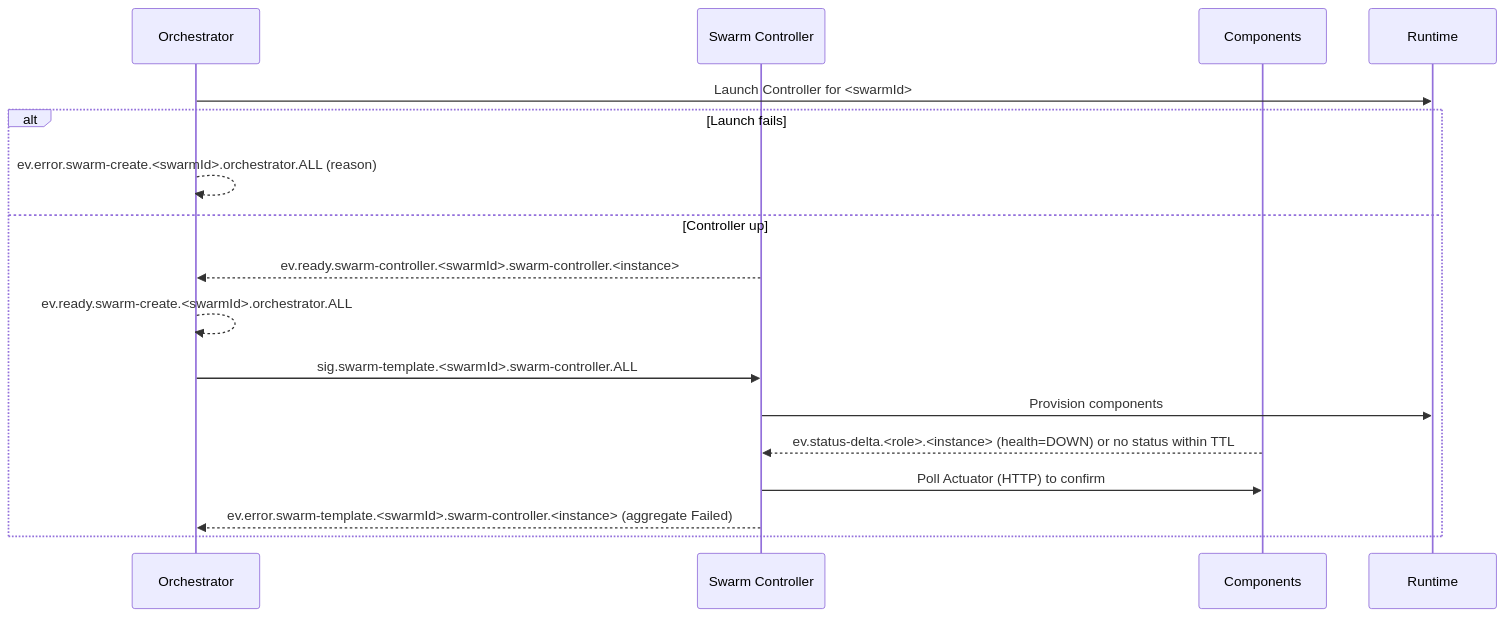
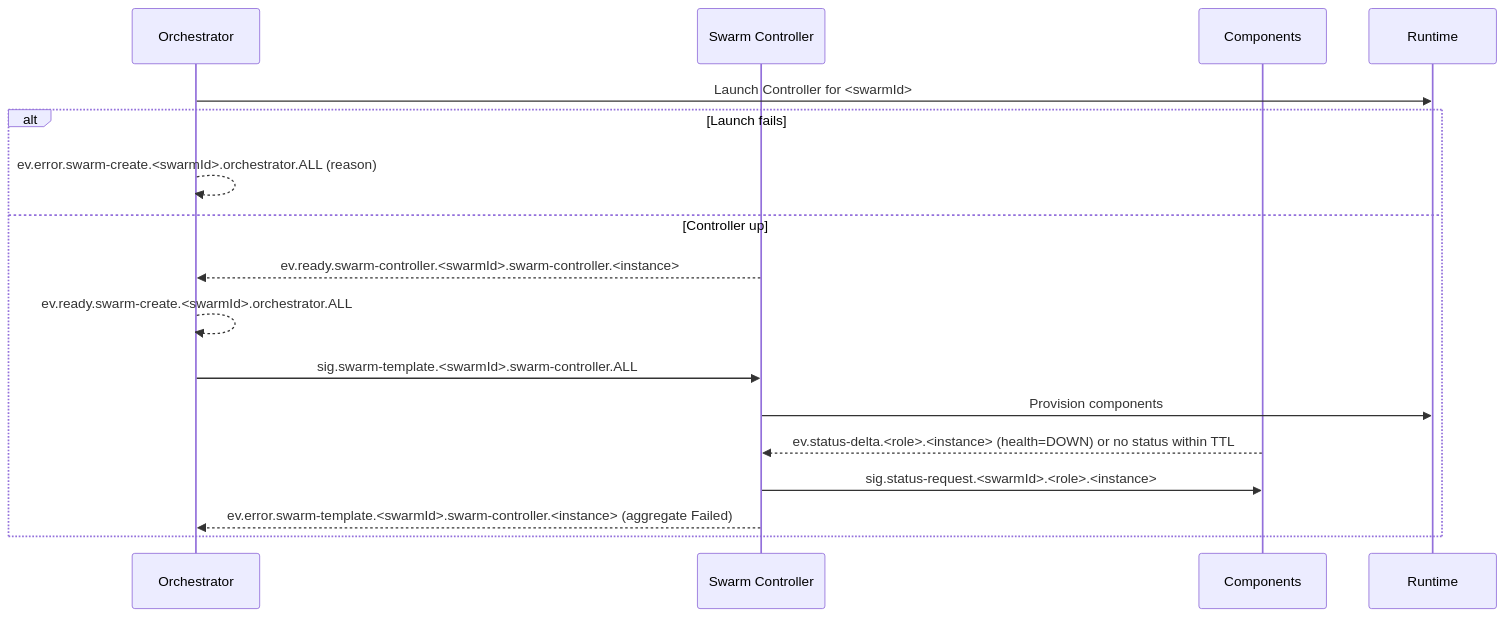
Before and after one commit to sepa79/PocketHive: the eighth of 8 diagrams in docs/ARCHITECTURE.md, drawn with Mermaid. The commit also changed other lines of this file, not shown here.

Commit message:
docs: drop actuator references from heartbeat flow

````diff
--- a/docs/ARCHITECTURE.md
+++ b/docs/ARCHITECTURE.md
@@ -252,20 +251,20 @@
 ```mermaid
 sequenceDiagram
   participant QN as Orchestrator
   participant MSH as Swarm Controller
   participant CMP as Components
   participant RT as Runtime
 
   QN->>RT: Launch Controller for <swarmId>
   alt Launch fails
     QN-->>QN: ev.error.swarm-create.<swarmId>.orchestrator.ALL (reason)
   else Controller up
     MSH-->>QN: ev.ready.swarm-controller.<swarmId>.swarm-controller.<instance>
     QN-->>QN: ev.ready.swarm-create.<swarmId>.orchestrator.ALL
     QN->>MSH: sig.swarm-template.<swarmId>.swarm-controller.ALL
     MSH->>RT: Provision components
     CMP-->>MSH: ev.status-delta.<role>.<instance> (health=DOWN) or no status within TTL
-    MSH->>CMP: Poll Actuator (HTTP) to confirm
+    MSH->>CMP: sig.status-request.<swarmId>.<role>.<instance>
     MSH-->>QN: ev.error.swarm-template.<swarmId>.swarm-controller.<instance> (aggregate Failed)
   end
 ```
````
